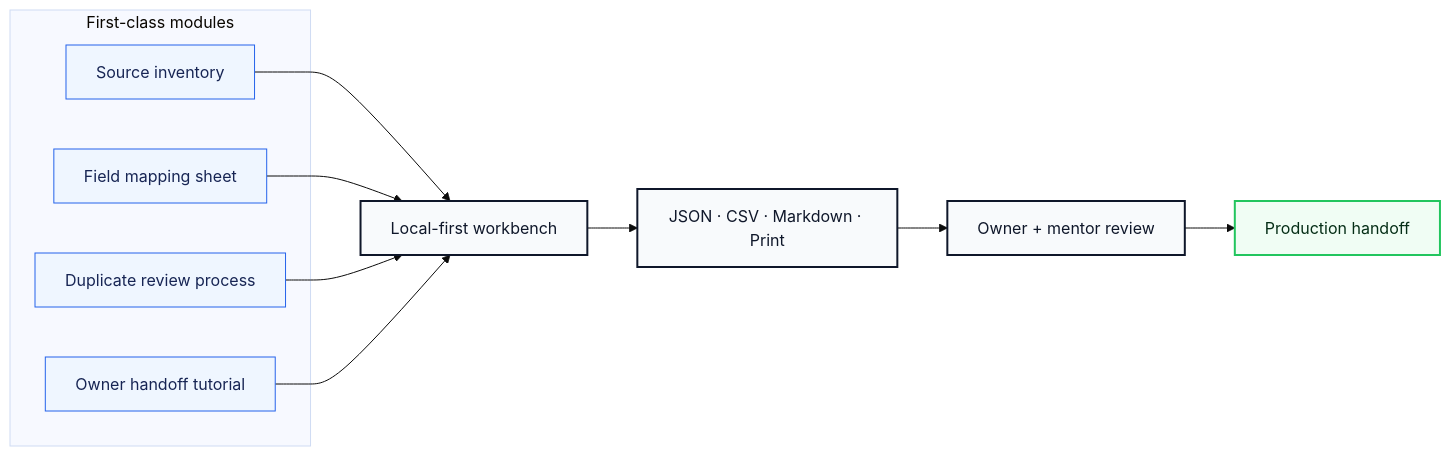
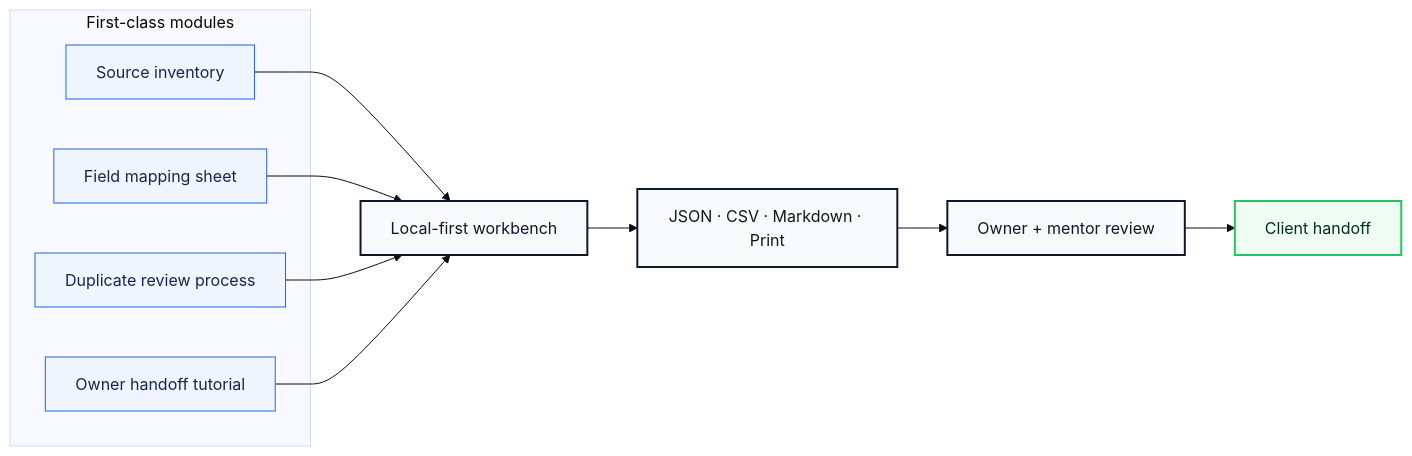
One commit to volta-npo/crm-lite-migrator changed the second of 3 diagrams in README.md. Above: the diagram before and after it, drawn with Mermaid (base theme). The commit also changed other lines of this file and 28 other files, not shown here.

````diff
--- a/README.md
+++ b/README.md
@@ -64,23 +64,23 @@
 ```mermaid
 flowchart LR
     subgraph Modules["First-class modules"]
         M1["Source inventory"]
         M2["Field mapping sheet"]
         M3["Duplicate review process"]
         M4["Owner handoff tutorial"]
     end
     M1 --> Workbench
     M2 --> Workbench
     M3 --> Workbench
     M4 --> Workbench
     Workbench["Local-first workbench"] --> Exports["JSON · CSV · Markdown · Print"]
     Exports --> Review["Owner + mentor review"]
-    Review --> Launch["Production handoff"]
+    Review --> Launch["Client handoff"]
 
     classDef module fill:#eff6ff,stroke:#2563eb,color:#172554;
     classDef app fill:#f8fafc,stroke:#0f172a,color:#0f172a,stroke-width:2px;
     classDef launch fill:#f0fdf4,stroke:#22c55e,color:#052e16,stroke-width:2px;
     class M1,M2,M3,M4 module;
     class Workbench,Exports,Review app;
     class Launch launch;
 ```
````
